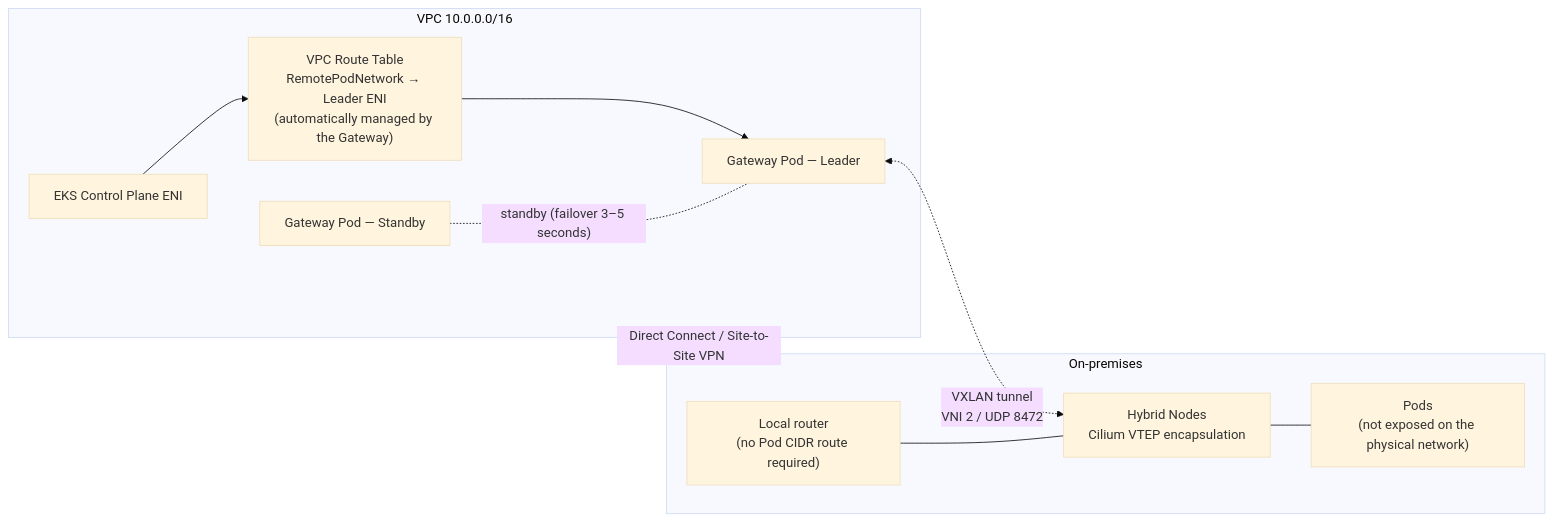
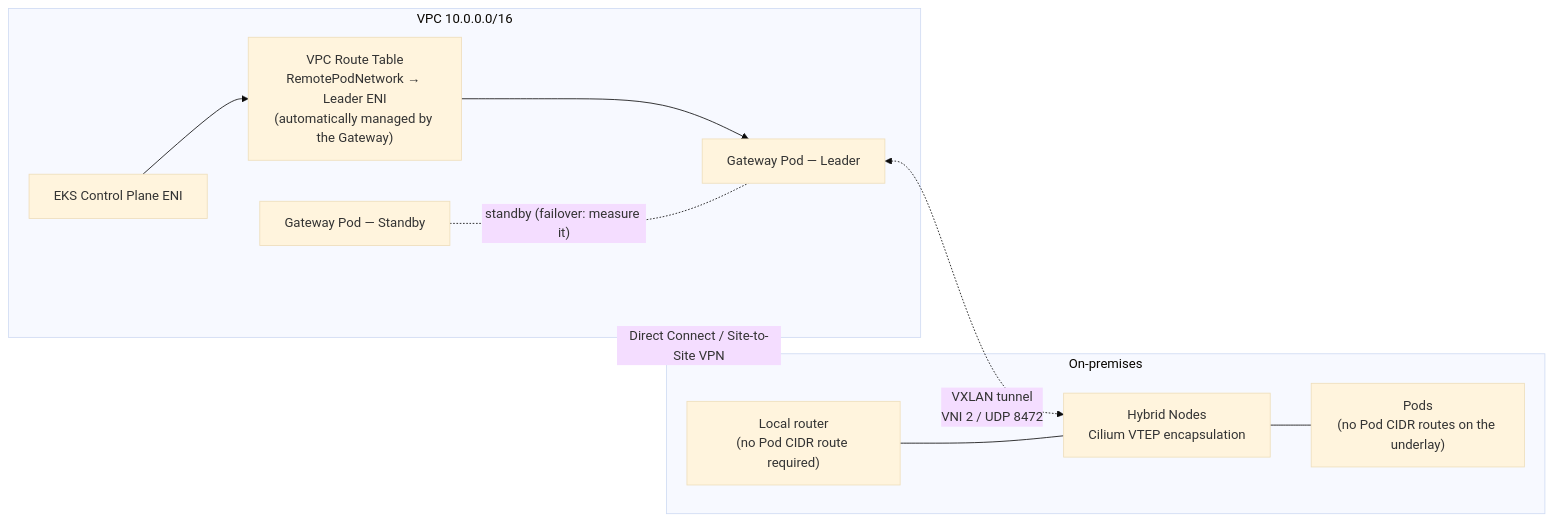
Before and after one commit to devfloor9/engineering-playbook: the first of 2 diagrams in i18n/en/docusaurus-plugin-content-docs/current/eks-hybrid-nodes/networking/hybrid-nodes-gateway.md, drawn with Mermaid (base theme). The commit also changed other lines of this file and 29 other files, not shown here.

````diff
--- a/i18n/en/docusaurus-plugin-content-docs/current/eks-hybrid-nodes/networking/hybrid-nodes-gateway.md
+++ b/i18n/en/docusaurus-plugin-content-docs/current/eks-hybrid-nodes/networking/hybrid-nodes-gateway.md
@@ -32,21 +32,21 @@
 ```mermaid
 flowchart LR
     subgraph VPC["VPC 10.0.0.0/16"]
         CP["EKS Control Plane ENI"]
         RT["VPC Route Table<br/>RemotePodNetwork → Leader ENI<br/>(automatically managed by the Gateway)"]
         GW1["Gateway Pod — Leader"]
         GW2["Gateway Pod — Standby"]
     end
     subgraph ONPREM["On-premises"]
         RTR["Local router<br/>(no Pod CIDR route required)"]
         HN["Hybrid Nodes<br/>Cilium VTEP encapsulation"]
-        POD["Pods<br/>(not exposed on the physical network)"]
+        POD["Pods<br/>(no Pod CIDR routes on the underlay)"]
     end
     CP --> RT
     RT --> GW1
     GW1 <-. "VXLAN tunnel<br/>VNI 2 / UDP 8472" .-> HN
-    GW2 -. "standby (failover 3–5 seconds)" .- GW1
+    GW2 -. "standby (failover: measure it)" .- GW1
     VPC <--"Direct Connect / Site-to-Site VPN"--> ONPREM
     RTR --- HN
     HN --- POD
 ```
````
